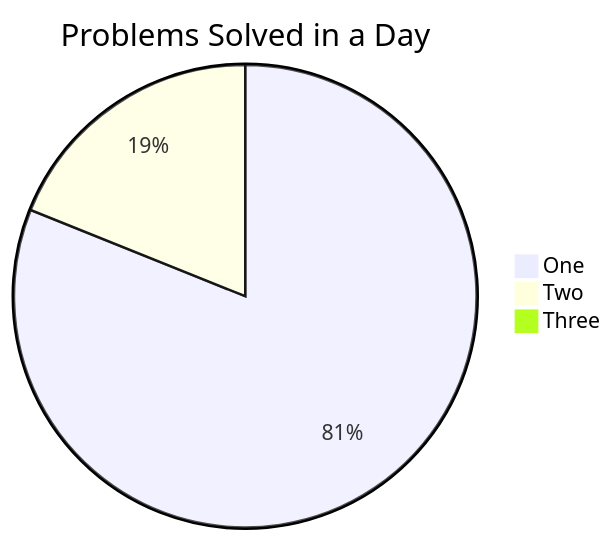
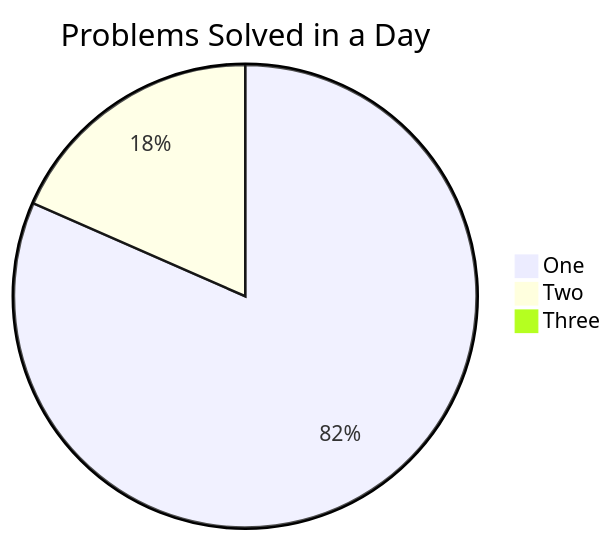
Before and after one commit to Jasjeet-Singh-S/100-days-DSA: the second of 2 diagrams in readme.md, drawn with Mermaid. The commit also changed other lines of this file and 1 other file, not shown here.

````diff
--- a/readme.md
+++ b/readme.md
@@ -25,6 +25,6 @@
 ```mermaid
 pie title Problems Solved in a Day
-    "One" : 30
+    "One" : 31
     "Two" : 7
     "Three" : 0
 ```
````
